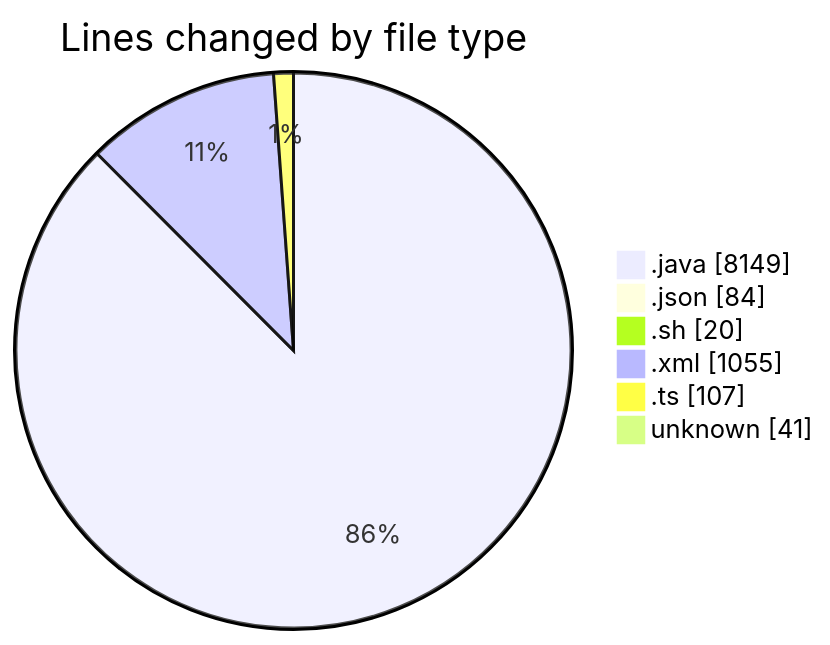
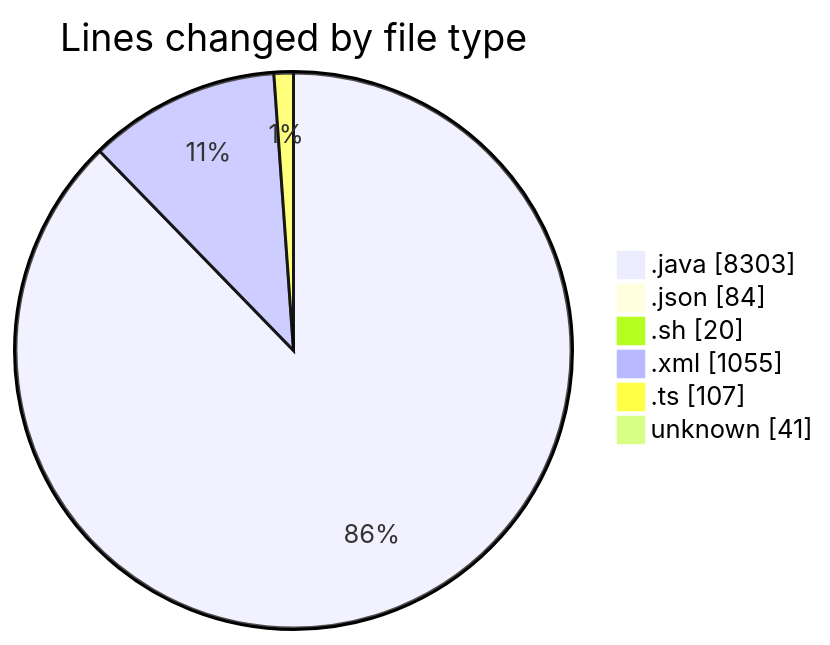
Before and after one commit to charlie-sans/code-tracking: the first of 2 diagrams in 2025-02-23/micros/README.md, drawn with Mermaid. The commit also changed other lines of this file and 1 other file, not shown here.

````diff
--- a/2025-02-23/micros/README.md
+++ b/2025-02-23/micros/README.md
@@ -56,10 +57,10 @@
 ```mermaid
 pie showData
 title Lines changed by file type
-".java" : 8149
+".java" : 8303
 ".json" : 84
 ".sh" : 20
 ".xml" : 1055
 ".ts" : 107
 "unknown" : 41
 ```
````
